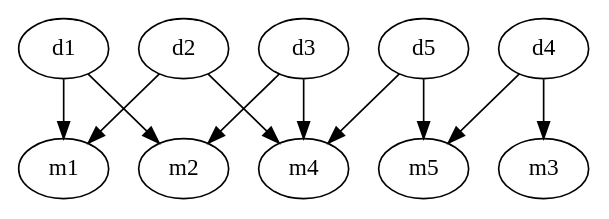
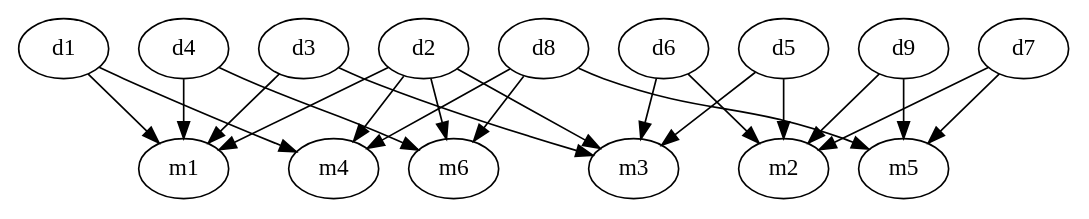
The diagram in AbductiveReasoning/abstract.dot (mindcrime/AISandbox), drawn with Graphviz before and after one commit. The commit also changed 16 other files, not shown here.

```diff
--- a/AbductiveReasoning/abstract.dot
+++ b/AbductiveReasoning/abstract.dot
@@ -1,22 +1,38 @@
 digraph "abstract" {
 d1 [id="d1",label="d1"]
 d2 [id="d2",label="d2"]
 d3 [id="d3",label="d3"]
+d4 [id="d4",label="d4"]
+d8 [id="d8",label="d8"]
 d5 [id="d5",label="d5"]
-d4 [id="d4",label="d4"]
+d6 [id="d6",label="d6"]
+d7 [id="d7",label="d7"]
+d9 [id="d9",label="d9"]
 m1 [id="m1",label="m1"]
-m2 [id="m2",label="m2"]
 m4 [id="m4",label="m4"]
 m3 [id="m3",label="m3"]
+m6 [id="m6",label="m6"]
+m2 [id="m2",label="m2"]
 m5 [id="m5",label="m5"]
+d6 -> m3
+d9 -> m2
+d8 -> m4
+d6 -> m2
+d7 -> m2
+d8 -> m6
+d9 -> m5
+d8 -> m5
+d7 -> m5
 d1 -> m1
-d5 -> m5
-d1 -> m2
-d4 -> m5
+d4 -> m6
+d2 -> m6
+d1 -> m4
 d2 -> m4
-d3 -> m4
+d3 -> m3
+d4 -> m1
+d2 -> m3
+d5 -> m2
+d3 -> m1
+d5 -> m3
 d2 -> m1
-d3 -> m2
-d5 -> m4
-d4 -> m3
 }
```
